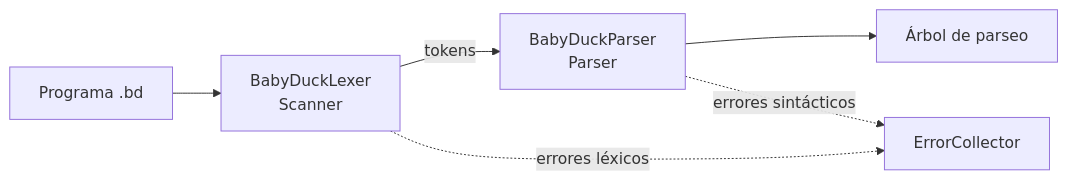
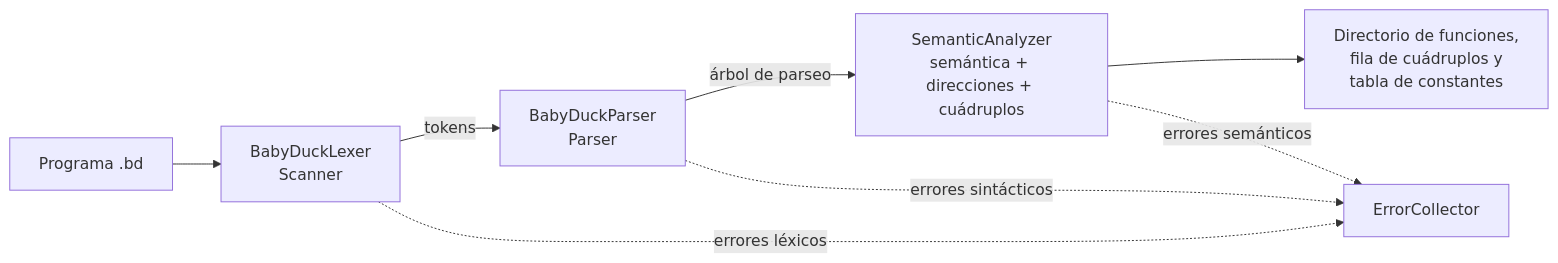
One commit to mykrex/compilador changed the diagram in docs/01_overview.md. Above: the diagram before and after it, drawn with Mermaid. The commit also changed other lines of this file and 12 other files, not shown here.

````diff
--- a/docs/01_overview.md
+++ b/docs/01_overview.md
@@ -38,8 +39,10 @@
 ```mermaid
 flowchart LR
     A[Programa .bd] --> B[BabyDuckLexer<br/>Scanner]
     B -->|tokens| C[BabyDuckParser<br/>Parser]
-    C --> D[Árbol de parseo]
+    C -->|árbol de parseo| D[SemanticAnalyzer<br/>semántica + direcciones + cuádruplos]
+    D --> F[Directorio de funciones,<br/>fila de cuádruplos y<br/>tabla de constantes]
     B -.->|errores léxicos| E[ErrorCollector]
     C -.->|errores sintácticos| E
+    D -.->|errores semánticos| E
 ```
````
